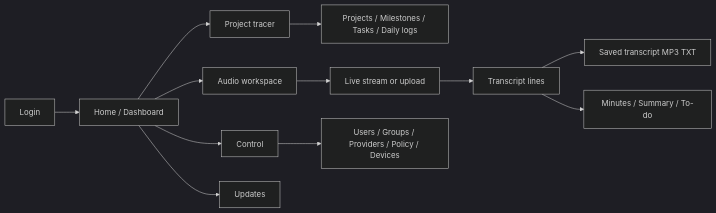
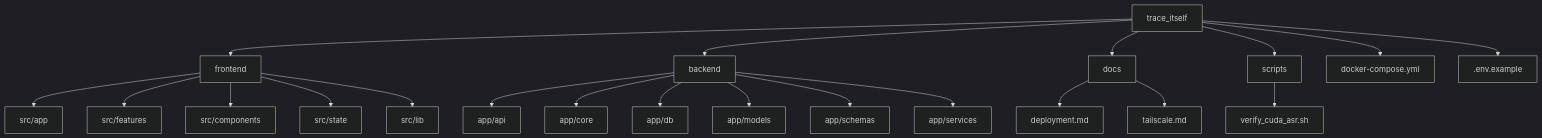
One commit to JasonLn0711/trace_itself changed the third of 6 diagrams in README.md. Above: the diagram before and after it, drawn with Mermaid (dark theme). The commit also changed other lines of this file, not shown here.

````diff
--- a/README.md
+++ b/README.md
@@ -256,15 +173,27 @@
 ```mermaid
-flowchart LR
-    L[Login] --> H[Home / Dashboard]
-    H --> PT[Project tracer]
-    H --> AW[Audio workspace]
-    H --> CT[Control]
-    H --> UP[Updates]
+flowchart TB
+    ROOT[trace_itself]
+    ROOT --> FRONTEND[frontend]
+    ROOT --> BACKEND[backend]
+    ROOT --> DOCS[docs]
+    ROOT --> SCRIPTS[scripts]
+    ROOT --> COMPOSE[docker-compose.yml]
+    ROOT --> ENV[.env.example]
 
-    PT --> P1[Projects / Milestones / Tasks / Daily logs]
-    AW --> A1[Live stream or upload]
-    A1 --> A2[Transcript lines]
-    A2 --> A3[Saved transcript MP3 TXT]
-    A2 --> A4[Minutes / Summary / To-do]
-    CT --> C1[Users / Groups / Providers / Policy / Devices]
+    FRONTEND --> APPROUTER[src/app]
+    FRONTEND --> FEAT[src/features]
+    FRONTEND --> COMP[src/components]
+    FRONTEND --> STATE[src/state]
+    FRONTEND --> LIB[src/lib]
+
+    BACKEND --> API[app/api]
+    BACKEND --> CORE[app/core]
+    BACKEND --> DBLAYER[app/db]
+    BACKEND --> MODELS[app/models]
+    BACKEND --> SCHEMAS[app/schemas]
+    BACKEND --> SERVICES[app/services]
+
+    DOCS --> DEPLOYDOC[deployment.md]
+    DOCS --> TAILDOC[tailscale.md]
+    SCRIPTS --> VERIFYCUDA[verify_cuda_asr.sh]
 ```
````
